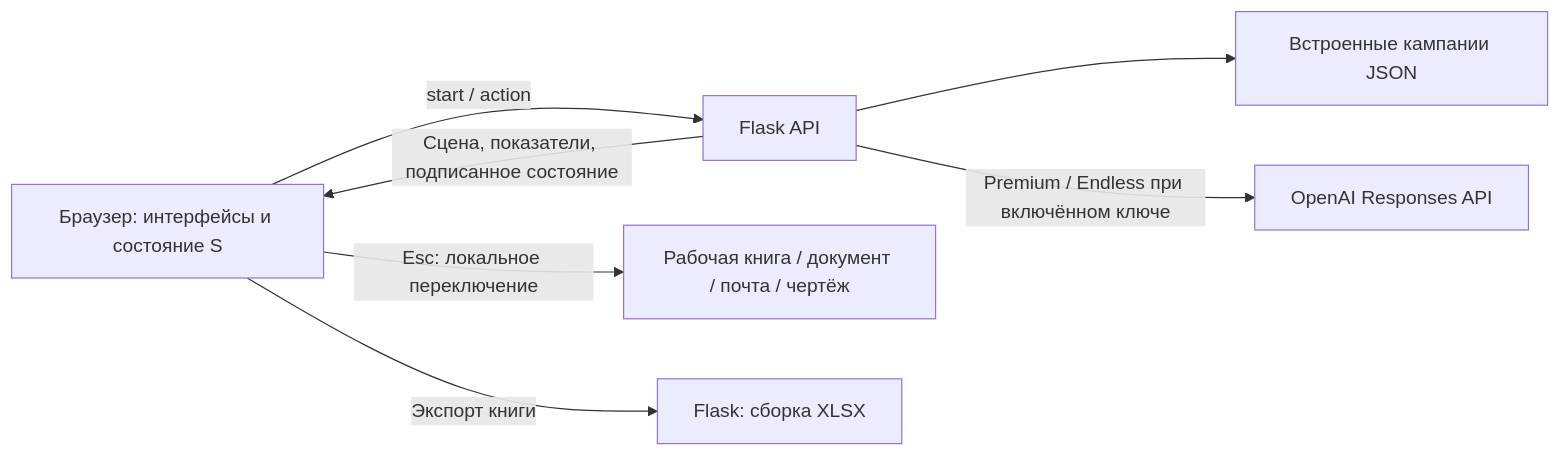
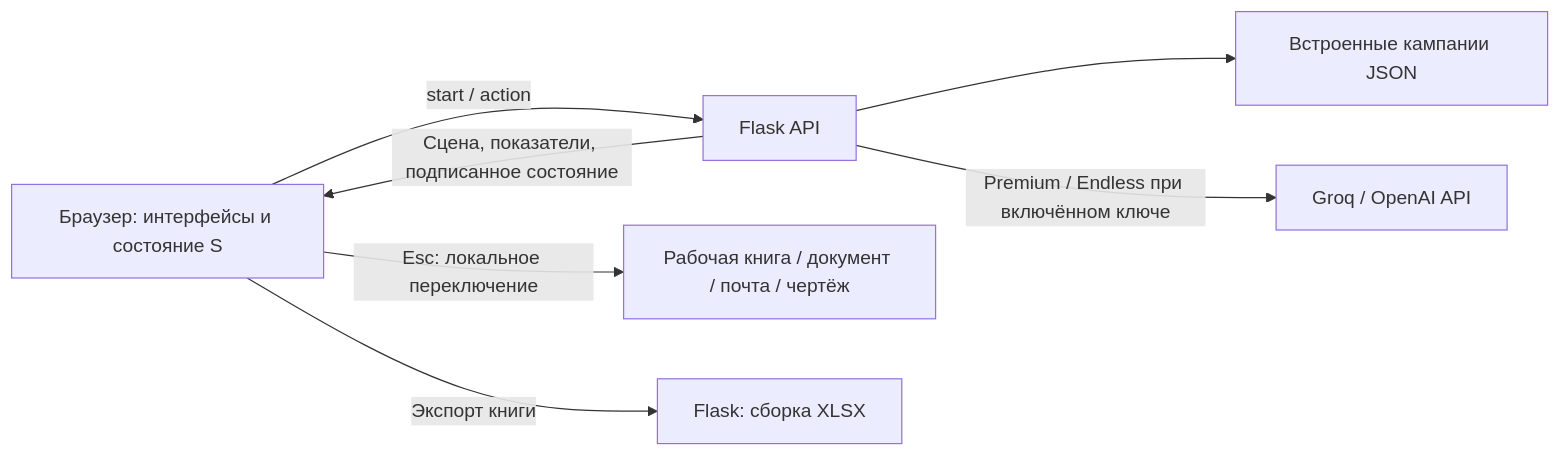
Before and after one commit to ruslan-berkin/project4businesscup2.0: the diagram in README.md, drawn with Mermaid. The commit also changed other lines of this file and 12 other files, not shown here.

Commit message:
Add Groq provider for premium and endless stories

````diff
--- a/README.md
+++ b/README.md
@@ -87,9 +87,9 @@
 ```mermaid
 flowchart LR
     A[Браузер: интерфейсы и состояние S] -->|start / action| B[Flask API]
     B --> C[Встроенные кампании JSON]
-    B -->|Premium / Endless при включённом ключе| D[OpenAI Responses API]
+    B -->|Premium / Endless при включённом ключе| D[Groq / OpenAI API]
     B -->|Сцена, показатели, подписанное состояние| A
     A -->|Esc: локальное переключение| E[Рабочая книга / документ / почта / чертёж]
     A -->|Экспорт книги| F[Flask: сборка XLSX]
 ```
````
